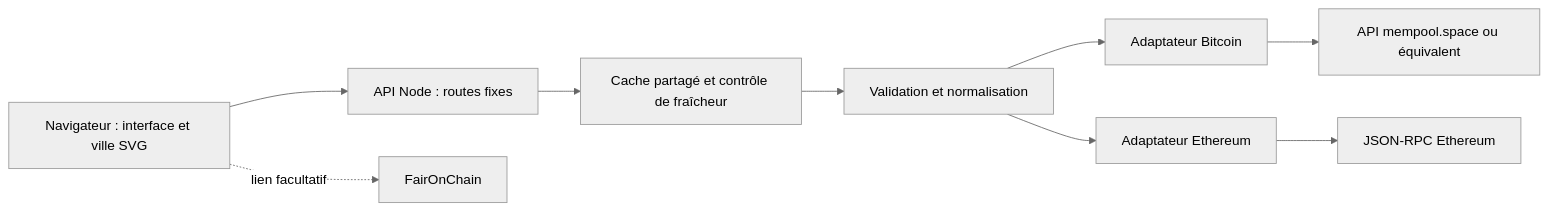
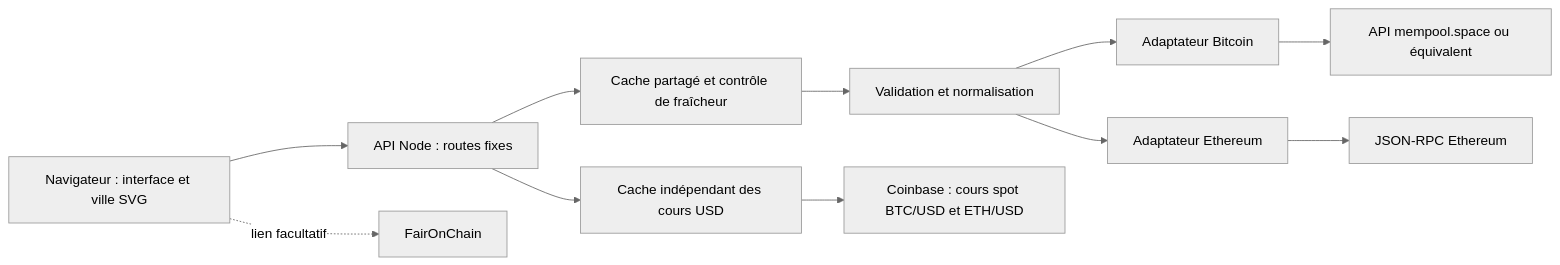
One commit to arnaud71/blocklane changed the diagram in docs/architecture.md. Above: the diagram before and after it, drawn with Mermaid (neutral theme). The commit also changed other lines of this file and 16 other files, not shown here.

````diff
--- a/docs/architecture.md
+++ b/docs/architecture.md
@@ -25,11 +25,13 @@
 ```mermaid
 flowchart LR
     B[Navigateur : interface et ville SVG] --> A[API Node : routes fixes]
     A --> C[Cache partagé et contrôle de fraîcheur]
     C --> V[Validation et normalisation]
     V --> BTC[Adaptateur Bitcoin]
     V --> ETH[Adaptateur Ethereum]
     BTC --> M[API mempool.space ou équivalent]
     ETH --> R[JSON-RPC Ethereum]
+    A --> P[Cache indépendant des cours USD]
+    P --> CB[Coinbase : cours spot BTC/USD et ETH/USD]
     B -. lien facultatif .-> F[FairOnChain]
 ```
````
